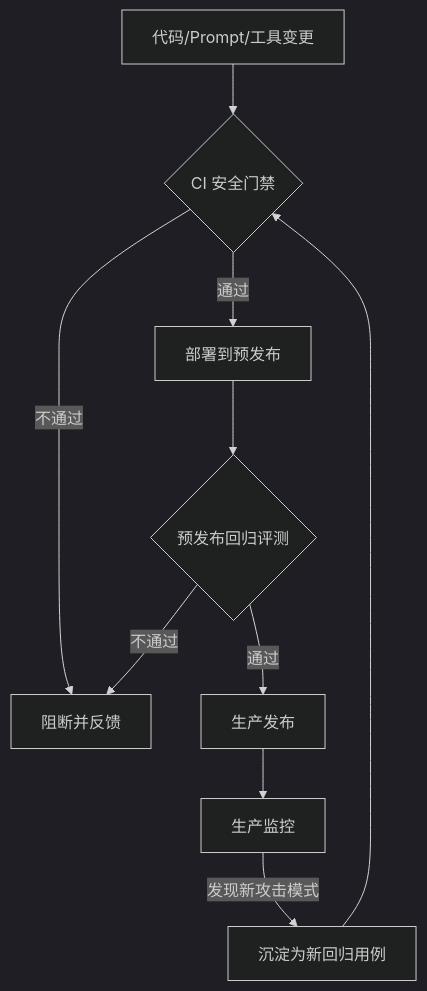
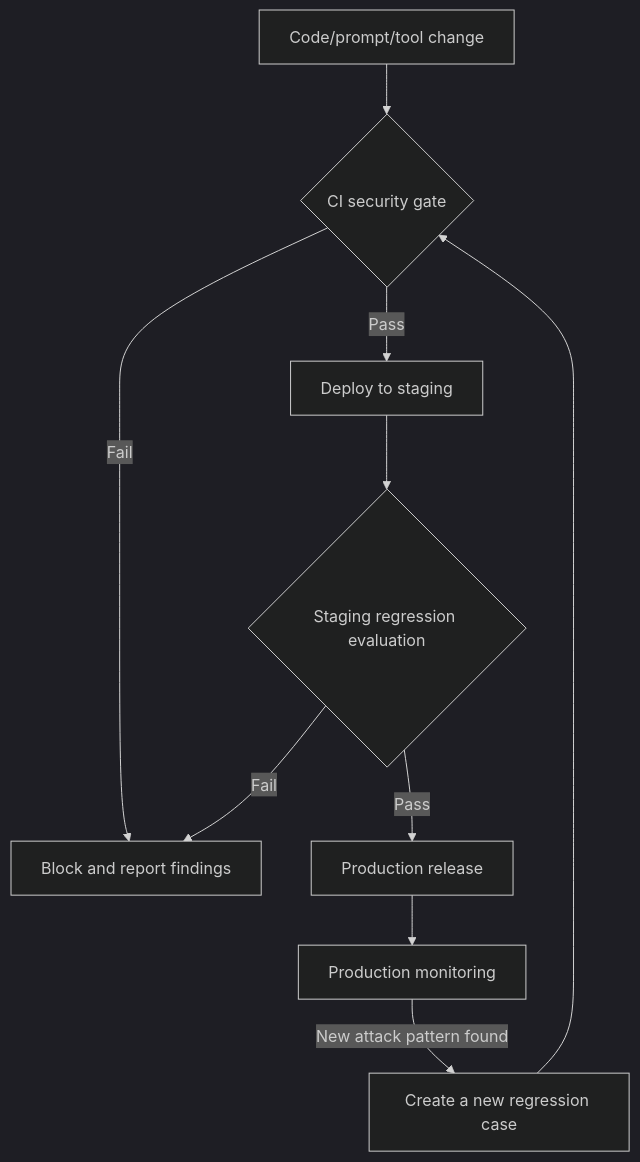
Before and after one commit to oneleaveknowsthefall/awesome-ai-roadmap: the second of 2 diagrams in docs/safety/05-assurance-governance/09-security-evaluation-red-teaming-continuous-assurance.md, drawn with Mermaid (dark theme). The commit also changed other lines of this file and 82 other files, not shown here.

````diff
--- a/docs/safety/05-assurance-governance/09-security-evaluation-red-teaming-continuous-assurance.md
+++ b/docs/safety/05-assurance-governance/09-security-evaluation-red-teaming-continuous-assurance.md
@@ -61,12 +61,12 @@
 ```mermaid
 flowchart TB
-    C1[代码/Prompt/工具变更] --> G1{CI 安全门禁}
-    G1 -->|通过| C2[部署到预发布]
-    G1 -->|不通过| BLOCK[阻断并反馈]
-    C2 --> G2{预发布回归评测}
-    G2 -->|通过| PROD[生产发布]
-    G2 -->|不通过| BLOCK
-    PROD --> MON[生产监控]
-    MON -->|发现新攻击模式| NEWCASE[沉淀为新回归用例]
+    C1[Code/prompt/tool change] --> G1{CI security gate}
+    G1 -->|Pass| C2[Deploy to staging]
+    G1 -->|Fail| BLOCK[Block and report findings]
+    C2 --> G2{Staging regression evaluation}
+    G2 -->|Pass| PROD[Production release]
+    G2 -->|Fail| BLOCK
+    PROD --> MON[Production monitoring]
+    MON -->|New attack pattern found| NEWCASE[Create a new regression case]
     NEWCASE --> G1
 ```
````
